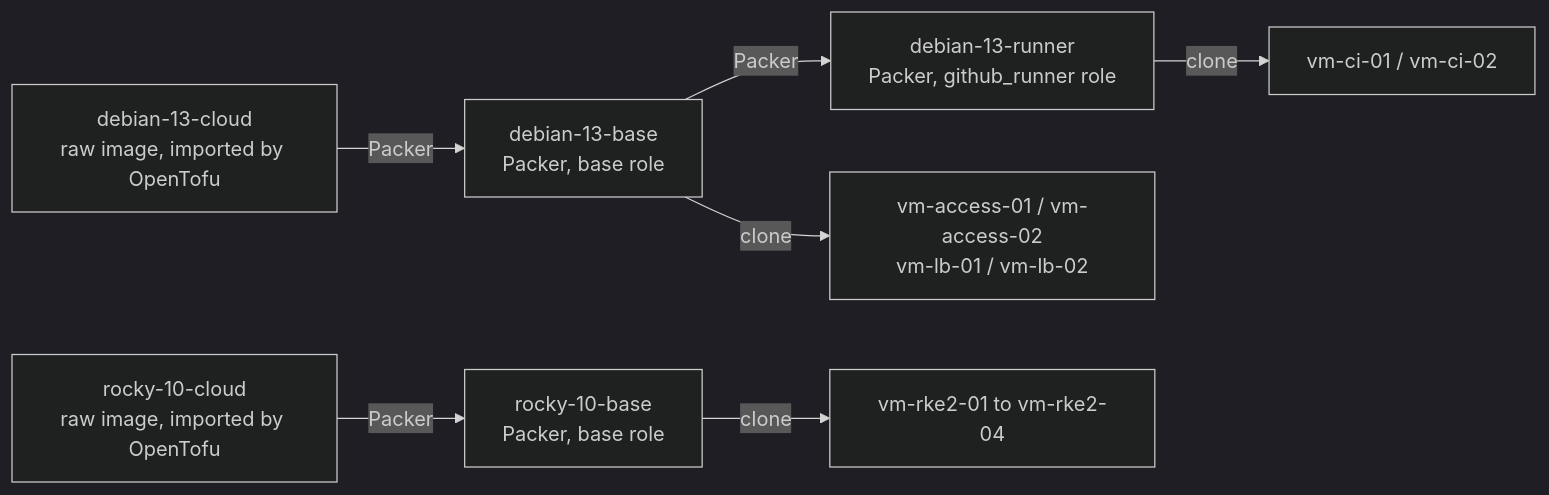
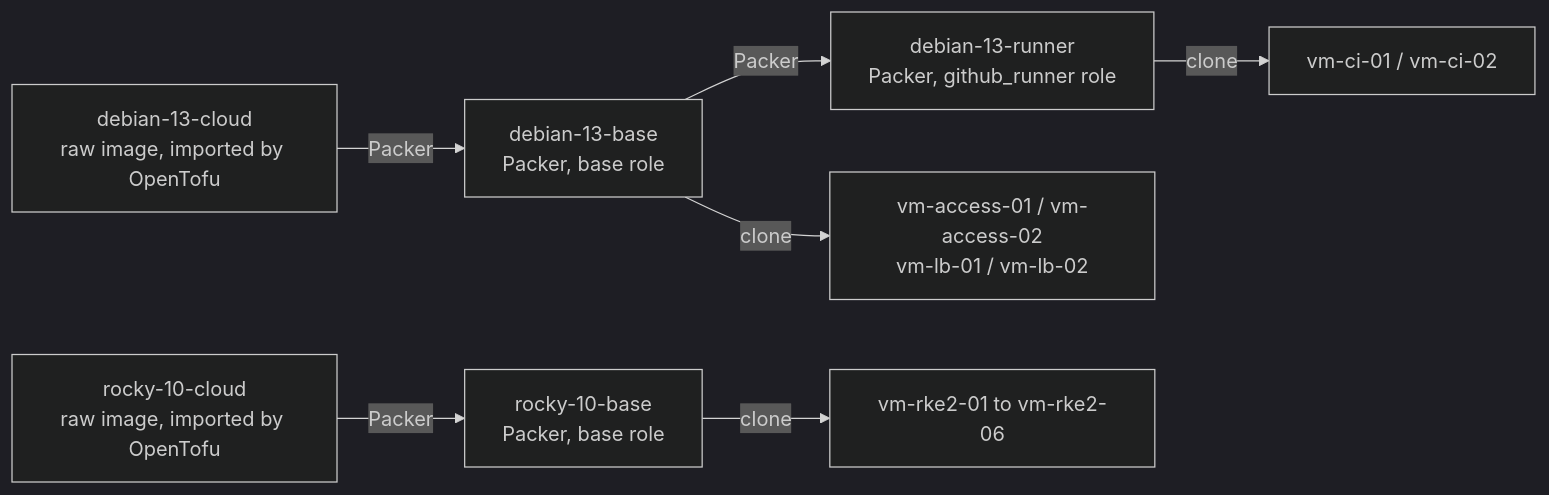
The second of 7 diagrams in docs/architecture.md (0xc0-labs/infrastructure), drawn with Mermaid (dark theme) before and after one commit. The commit also changed other lines of this file and 28 other files, not shown here.

````diff
--- a/docs/architecture.md
+++ b/docs/architecture.md
@@ -184,15 +184,15 @@
 ```mermaid
 flowchart LR
   cloud["debian-13-cloud<br/>raw image, imported by OpenTofu"]
   base["debian-13-base<br/>Packer, base role"]
   runner["debian-13-runner<br/>Packer, github_runner role"]
   rcloud["rocky-10-cloud<br/>raw image, imported by OpenTofu"]
   rbase["rocky-10-base<br/>Packer, base role"]
 
   cloud -- "Packer" --> base
   base -- "Packer" --> runner
   rcloud -- "Packer" --> rbase
   base -- "clone" --> vmaccess["vm-access-01 / vm-access-02<br/>vm-lb-01 / vm-lb-02"]
   runner -- "clone" --> vmci["vm-ci-01 / vm-ci-02"]
-  rbase -- "clone" --> vmrke2["vm-rke2-01 to vm-rke2-04"]
+  rbase -- "clone" --> vmrke2["vm-rke2-01 to vm-rke2-06"]
 ```
````
